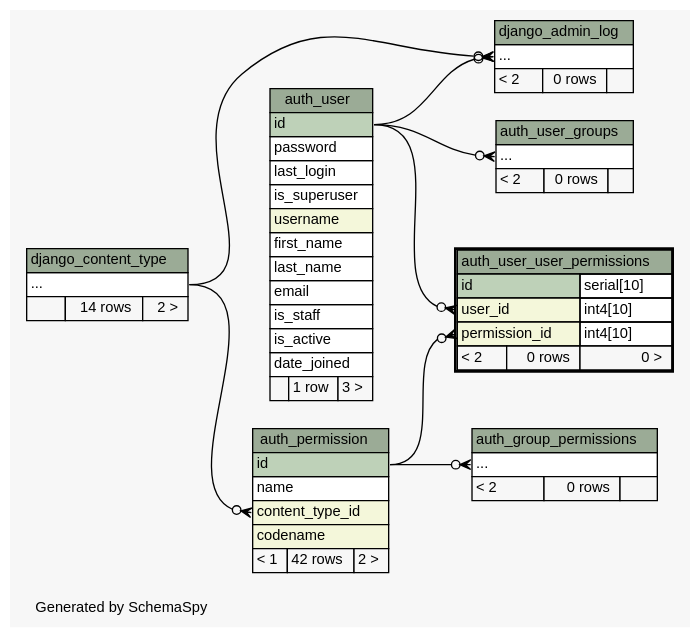
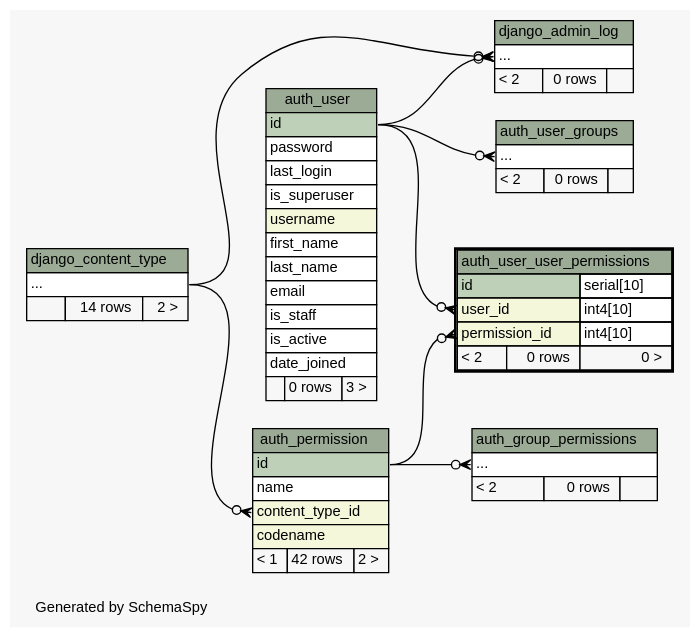
One commit to jingyayeah/multiscale-galactose changed the diagram in database/schema/diagrams/auth_user_user_permissions.2degrees.dot. Above: the diagram before and after it, drawn with Graphviz. The commit also changed 79 other files, not shown here.

Commit message:
Optimized queries with select_related and prefatch_related and new database schema overview

```diff
--- a/database/schema/diagrams/auth_user_user_permissions.2degrees.dot
+++ b/database/schema/diagrams/auth_user_user_permissions.2degrees.dot
@@ -1,114 +1,114 @@
 // dot 2.36.0 on Linux 3.13.0-43-generic
 // SchemaSpy rev 590
 digraph "twoDegreesRelationshipsDiagram" {
   graph [
     rankdir="RL"
     bgcolor="#f7f7f7"
     label="\nGenerated by SchemaSpy"
     labeljust="l"
     nodesep="0.18"
     ranksep="0.46"
     fontname="Helvetica"
     fontsize="11"
   ];
   node [
     fontname="Helvetica"
     fontsize="11"
     shape="plaintext"
   ];
   edge [
     arrowsize="0.8"
   ];
   "auth_group_permissions":"elipses":w -> "auth_permission":"id":e [arrowhead=none dir=back arrowtail=crowodot];
   "auth_permission":"content_type_id":w -> "django_content_type":"elipses":e [arrowhead=none dir=back arrowtail=crowodot];
   "auth_user_groups":"elipses":w -> "auth_user":"id":e [arrowhead=none dir=back arrowtail=crowodot];
   "auth_user_user_permissions":"permission_id":w -> "auth_permission":"id":e [arrowhead=none dir=back arrowtail=crowodot];
   "auth_user_user_permissions":"user_id":w -> "auth_user":"id":e [arrowhead=none dir=back arrowtail=crowodot];
   "django_admin_log":"elipses":w -> "django_content_type":"elipses":e [arrowhead=none dir=back arrowtail=crowodot];
   "django_admin_log":"elipses":w -> "auth_user":"id":e [arrowhead=none dir=back arrowtail=crowodot];
   "auth_group_permissions" [
     label=<
     <TABLE BORDER="0" CELLBORDER="1" CELLSPACING="0" BGCOLOR="#ffffff">
       <TR><TD COLSPAN="3" BGCOLOR="#9bab96" ALIGN="CENTER">auth_group_permissions</TD></TR>
       <TR><TD PORT="elipses" COLSPAN="3" ALIGN="LEFT">...</TD></TR>
       <TR><TD ALIGN="LEFT" BGCOLOR="#f7f7f7">&lt; 2</TD><TD ALIGN="RIGHT" BGCOLOR="#f7f7f7">0 rows</TD><TD ALIGN="RIGHT" BGCOLOR="#f7f7f7">  </TD></TR>
     </TABLE>>
     URL="auth_group_permissions.html"
     tooltip="auth_group_permissions"
   ];
   "auth_permission" [
     label=<
     <TABLE BORDER="0" CELLBORDER="1" CELLSPACING="0" BGCOLOR="#ffffff">
       <TR><TD COLSPAN="3" BGCOLOR="#9bab96" ALIGN="CENTER">auth_permission</TD></TR>
       <TR><TD PORT="id" COLSPAN="3" BGCOLOR="#bed1b8" ALIGN="LEFT">id</TD></TR>
       <TR><TD PORT="name" COLSPAN="3" ALIGN="LEFT">name</TD></TR>
       <TR><TD PORT="content_type_id" COLSPAN="3" BGCOLOR="#f4f7da" ALIGN="LEFT">content_type_id</TD></TR>
       <TR><TD PORT="codename" COLSPAN="3" BGCOLOR="#f4f7da" ALIGN="LEFT">codename</TD></TR>
       <TR><TD ALIGN="LEFT" BGCOLOR="#f7f7f7">&lt; 1</TD><TD ALIGN="RIGHT" BGCOLOR="#f7f7f7">42 rows</TD><TD ALIGN="RIGHT" BGCOLOR="#f7f7f7">2 &gt;</TD></TR>
     </TABLE>>
     URL="auth_permission.html"
     tooltip="auth_permission"
   ];
   "auth_user" [
     label=<
     <TABLE BORDER="0" CELLBORDER="1" CELLSPACING="0" BGCOLOR="#ffffff">
       <TR><TD COLSPAN="3" BGCOLOR="#9bab96" ALIGN="CENTER">auth_user</TD></TR>
       <TR><TD PORT="id" COLSPAN="3" BGCOLOR="#bed1b8" ALIGN="LEFT">id</TD></TR>
       <TR><TD PORT="password" COLSPAN="3" ALIGN="LEFT">password</TD></TR>
       <TR><TD PORT="last_login" COLSPAN="3" ALIGN="LEFT">last_login</TD></TR>
       <TR><TD PORT="is_superuser" COLSPAN="3" ALIGN="LEFT">is_superuser</TD></TR>
       <TR><TD PORT="username" COLSPAN="3" BGCOLOR="#f4f7da" ALIGN="LEFT">username</TD></TR>
       <TR><TD PORT="first_name" COLSPAN="3" ALIGN="LEFT">first_name</TD></TR>
       <TR><TD PORT="last_name" COLSPAN="3" ALIGN="LEFT">last_name</TD></TR>
       <TR><TD PORT="email" COLSPAN="3" ALIGN="LEFT">email</TD></TR>
       <TR><TD PORT="is_staff" COLSPAN="3" ALIGN="LEFT">is_staff</TD></TR>
       <TR><TD PORT="is_active" COLSPAN="3" ALIGN="LEFT">is_active</TD></TR>
       <TR><TD PORT="date_joined" COLSPAN="3" ALIGN="LEFT">date_joined</TD></TR>
-      <TR><TD ALIGN="LEFT" BGCOLOR="#f7f7f7">  </TD><TD ALIGN="RIGHT" BGCOLOR="#f7f7f7">1 row</TD><TD ALIGN="RIGHT" BGCOLOR="#f7f7f7">3 &gt;</TD></TR>
+      <TR><TD ALIGN="LEFT" BGCOLOR="#f7f7f7">  </TD><TD ALIGN="RIGHT" BGCOLOR="#f7f7f7">0 rows</TD><TD ALIGN="RIGHT" BGCOLOR="#f7f7f7">3 &gt;</TD></TR>
     </TABLE>>
     URL="auth_user.html"
     tooltip="auth_user"
   ];
   "auth_user_groups" [
     label=<
     <TABLE BORDER="0" CELLBORDER="1" CELLSPACING="0" BGCOLOR="#ffffff">
       <TR><TD COLSPAN="3" BGCOLOR="#9bab96" ALIGN="CENTER">auth_user_groups</TD></TR>
       <TR><TD PORT="elipses" COLSPAN="3" ALIGN="LEFT">...</TD></TR>
       <TR><TD ALIGN="LEFT" BGCOLOR="#f7f7f7">&lt; 2</TD><TD ALIGN="RIGHT" BGCOLOR="#f7f7f7">0 rows</TD><TD ALIGN="RIGHT" BGCOLOR="#f7f7f7">  </TD></TR>
     </TABLE>>
     URL="auth_user_groups.html"
     tooltip="auth_user_groups"
   ];
   "auth_user_user_permissions" [
     label=<
     <TABLE BORDER="2" CELLBORDER="1" CELLSPACING="0" BGCOLOR="#ffffff">
       <TR><TD COLSPAN="3" BGCOLOR="#9bab96" ALIGN="CENTER">auth_user_user_permissions</TD></TR>
       <TR><TD PORT="id" COLSPAN="2" BGCOLOR="#bed1b8" ALIGN="LEFT">id</TD><TD PORT="id.type" ALIGN="LEFT">serial[10]</TD></TR>
       <TR><TD PORT="user_id" COLSPAN="2" BGCOLOR="#f4f7da" ALIGN="LEFT">user_id</TD><TD PORT="user_id.type" ALIGN="LEFT">int4[10]</TD></TR>
       <TR><TD PORT="permission_id" COLSPAN="2" BGCOLOR="#f4f7da" ALIGN="LEFT">permission_id</TD><TD PORT="permission_id.type" ALIGN="LEFT">int4[10]</TD></TR>
       <TR><TD ALIGN="LEFT" BGCOLOR="#f7f7f7">&lt; 2</TD><TD ALIGN="RIGHT" BGCOLOR="#f7f7f7">0 rows</TD><TD ALIGN="RIGHT" BGCOLOR="#f7f7f7">0 &gt;</TD></TR>
     </TABLE>>
     URL="auth_user_user_permissions.html"
     tooltip="auth_user_user_permissions"
   ];
   "django_admin_log" [
     label=<
     <TABLE BORDER="0" CELLBORDER="1" CELLSPACING="0" BGCOLOR="#ffffff">
       <TR><TD COLSPAN="3" BGCOLOR="#9bab96" ALIGN="CENTER">django_admin_log</TD></TR>
       <TR><TD PORT="elipses" COLSPAN="3" ALIGN="LEFT">...</TD></TR>
       <TR><TD ALIGN="LEFT" BGCOLOR="#f7f7f7">&lt; 2</TD><TD ALIGN="RIGHT" BGCOLOR="#f7f7f7">0 rows</TD><TD ALIGN="RIGHT" BGCOLOR="#f7f7f7">  </TD></TR>
     </TABLE>>
     URL="django_admin_log.html"
     tooltip="django_admin_log"
   ];
   "django_content_type" [
     label=<
     <TABLE BORDER="0" CELLBORDER="1" CELLSPACING="0" BGCOLOR="#ffffff">
       <TR><TD COLSPAN="3" BGCOLOR="#9bab96" ALIGN="CENTER">django_content_type</TD></TR>
       <TR><TD PORT="elipses" COLSPAN="3" ALIGN="LEFT">...</TD></TR>
       <TR><TD ALIGN="LEFT" BGCOLOR="#f7f7f7">  </TD><TD ALIGN="RIGHT" BGCOLOR="#f7f7f7">14 rows</TD><TD ALIGN="RIGHT" BGCOLOR="#f7f7f7">2 &gt;</TD></TR>
     </TABLE>>
     URL="django_content_type.html"
     tooltip="django_content_type"
   ];
 }
```
